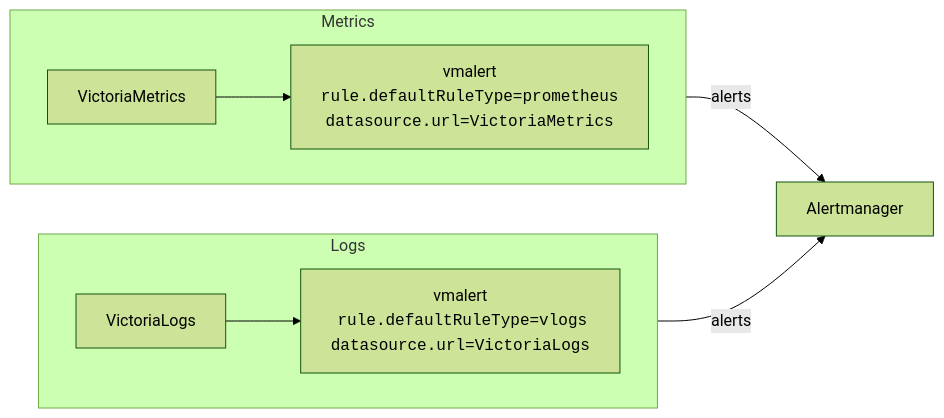
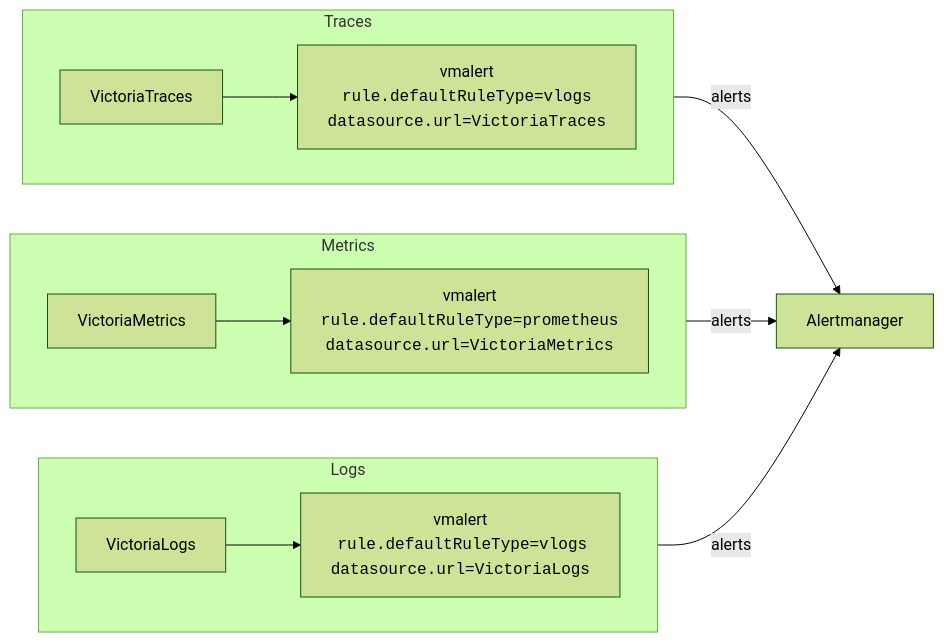
Before and after one commit to VictoriaMetrics/VictoriaStack: the first of 3 diagrams in docs/victoriastack/alerting.md, drawn with Mermaid (forest theme). The commit also changed other lines of this file, not shown here.

````diff
--- a/docs/victoriastack/alerting.md
+++ b/docs/victoriastack/alerting.md
@@ -93,22 +99,30 @@
 ```mermaid
 flowchart LR
 
     subgraph Logs
         direction LR
         VL["VictoriaLogs"]
         VA1["vmalert<br>&nbsp;<code>rule.defaultRuleType=vlogs<br>datasource.url=VictoriaLogs</code>"]
         VL --> VA1
     end
 
     subgraph Metrics
         direction LR
         VM["VictoriaMetrics"]
         VA2["vmalert<br><code>rule.defaultRuleType=prometheus<br>datasource.url=VictoriaMetrics</code>"]
         VM --> VA2
     end
 
+    subgraph Traces
+        direction LR
+        VT["VictoriaTraces"]
+        VA3["vmalert<br><code>rule.defaultRuleType=vlogs<br>datasource.url=VictoriaTraces</code>"]
+        VT --> VA3
+    end
+
     AM["Alertmanager"]
 
     VA1 -->|"alerts"| AM
     VA2 -->|"alerts"| AM
+    VA3 -->|"alerts"| AM
 ```
````
